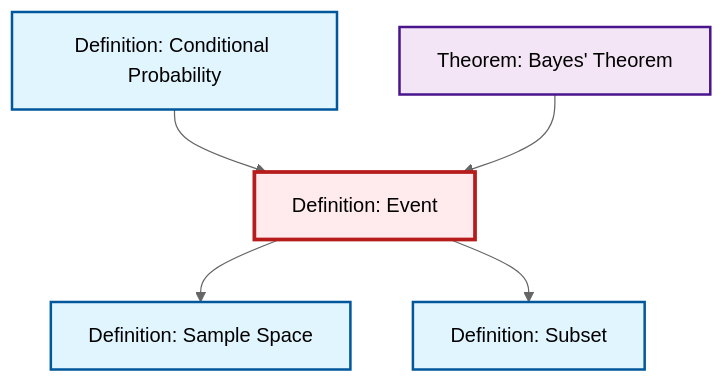
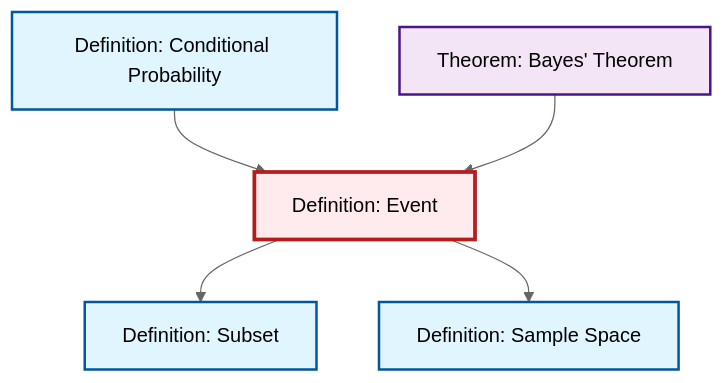
The diagram in content/en/probability-statistics/def-event.qmd (RK0429/ModernMath), drawn with Mermaid (neutral theme) before and after one commit. The commit also changed other lines of this file and 434 other files, not shown here.

````diff
--- a/content/en/probability-statistics/def-event.qmd
+++ b/content/en/probability-statistics/def-event.qmd
@@ -69,23 +69,23 @@
 ```{mermaid}
 %%| fig-cap: "Local dependency graph"
 graph TD
     classDef definition fill:#e1f5fe,stroke:#01579b,stroke-width:2px
     classDef theorem fill:#f3e5f5,stroke:#4a148c,stroke-width:2px
     classDef axiom fill:#fff3e0,stroke:#e65100,stroke-width:2px
     classDef example fill:#e8f5e9,stroke:#1b5e20,stroke-width:2px
     classDef current fill:#ffebee,stroke:#b71c1c,stroke-width:3px
-    def-sample-space["Definition: Sample Space"]:::definition
     thm-bayes["Theorem: Bayes' Theorem"]:::theorem
     def-event["Definition: Event"]:::definition
+    def-sample-space["Definition: Sample Space"]:::definition
+    def-conditional-probability["Definition: Conditional Probability"]:::definition
     def-subset["Definition: Subset"]:::definition
-    def-conditional-probability["Definition: Conditional Probability"]:::definition
+    def-event --> def-subset
     def-event --> def-sample-space
     def-conditional-probability --> def-event
-    def-event --> def-subset
     thm-bayes --> def-event
     class def-event current
+    click thm-bayes "thm-bayes.html" "Go to Bayes' Theorem theorem"
     click def-sample-space "def-sample-space.html" "Go to Sample Space definition"
-    click thm-bayes "thm-bayes.html" "Go to Bayes' Theorem theorem"
+    click def-conditional-probability "def-conditional-probability.html" "Go to Conditional Probability definition"
     click def-subset "def-subset.html" "Go to Subset definition"
-    click def-conditional-probability "def-conditional-probability.html" "Go to Conditional Probability definition"
 ```
````
